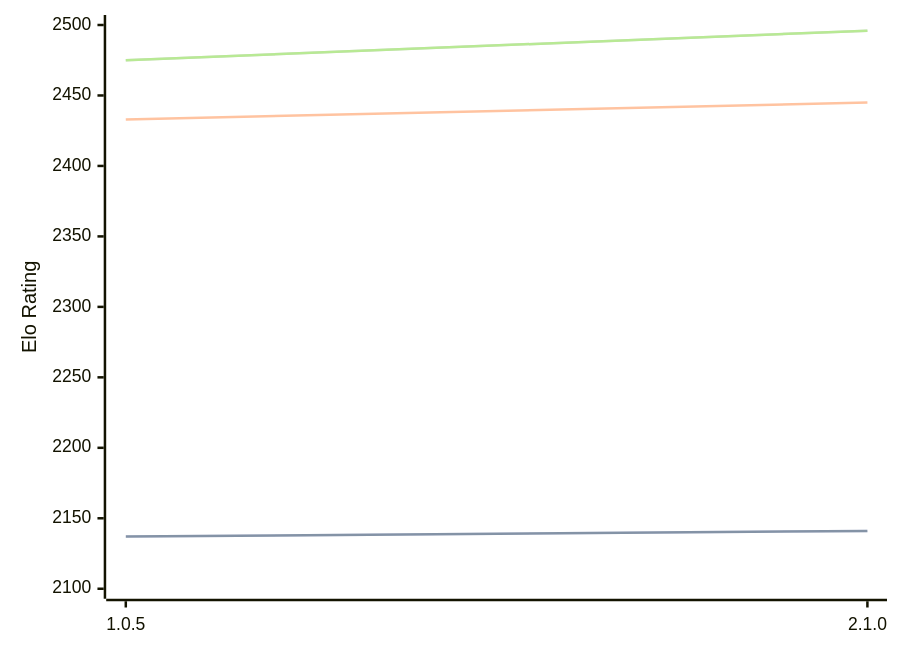
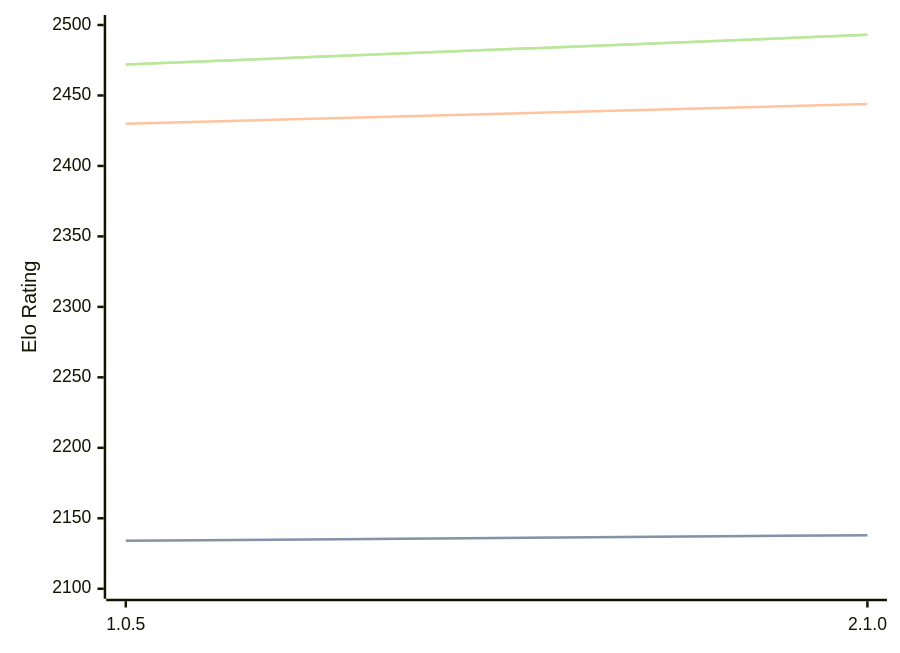
One commit to computer-chess-index/cci changed the diagram in engines/Ruffian.md. Above: the diagram before and after it, drawn with Mermaid. The commit also changed other lines of this file, not shown here.

Commit message:
Update CCI Ratings (ELO VLTC) - 2026-06-08

````diff
--- a/engines/Ruffian.md
+++ b/engines/Ruffian.md
@@ -32,11 +32,11 @@
 ```mermaid
 %%{init: {"theme":"base","themeVariables":{"seriesColors:['#a3a3a3','#222221','#faa371']}}}%%
 xychart-beta
   x-axis ["1.0.5", "2.1.0"]
   y-axis "Elo Rating" 2100 --> 2500
-  line "STC (8.0+0.08s)" [2137, 2141]
-  line "STC (8.0+0.08s)" [2137, 2141]
-  line "LTC (60.0+0.60s)" [2433, 2445]
-  line "VLTC (2m24s+1.12s)" [2475, 2496]
-  line "VLTC (2m24s+1.12s)" [2475, 2496]
+  line "STC (8.0+0.08s)" [2134, 2138]
+  line "STC (8.0+0.08s)" [2134, 2138]
+  line "LTC (60.0+0.60s)" [2430, 2444]
+  line "VLTC (2m24s+1.12s)" [2472, 2493]
+  line "VLTC (2m24s+1.12s)" [2472, 2493]
 ```
````
